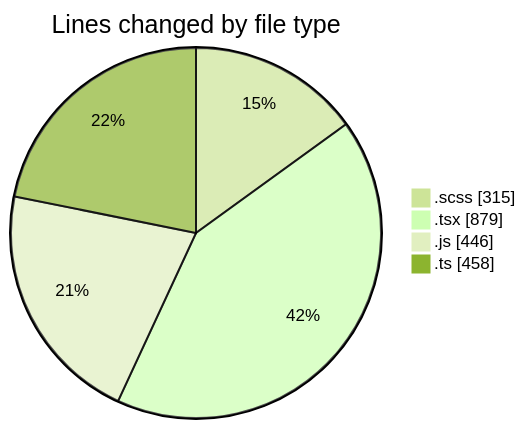
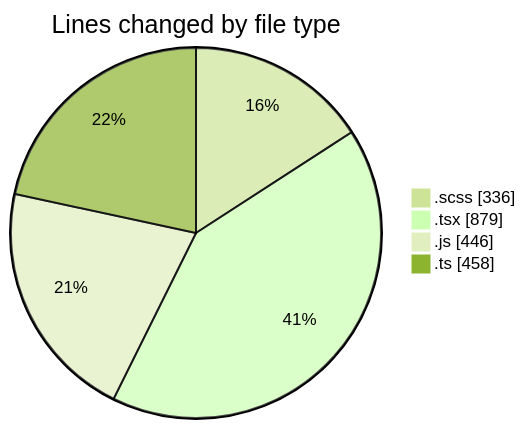
One commit to momahboobian/code-tracking changed the first of 2 diagrams in 2025-03-14/cda/README.md. Above: the diagram before and after it, drawn with Mermaid (forest theme). The commit also changed other lines of this file and 1 other file, not shown here.

````diff
--- a/2025-03-14/cda/README.md
+++ b/2025-03-14/cda/README.md
@@ -34,8 +34,8 @@
 ```mermaid
 pie showData
 title Lines changed by file type
-".scss" : 315
+".scss" : 336
 ".tsx" : 879
 ".js" : 446
 ".ts" : 458
 ```
````
